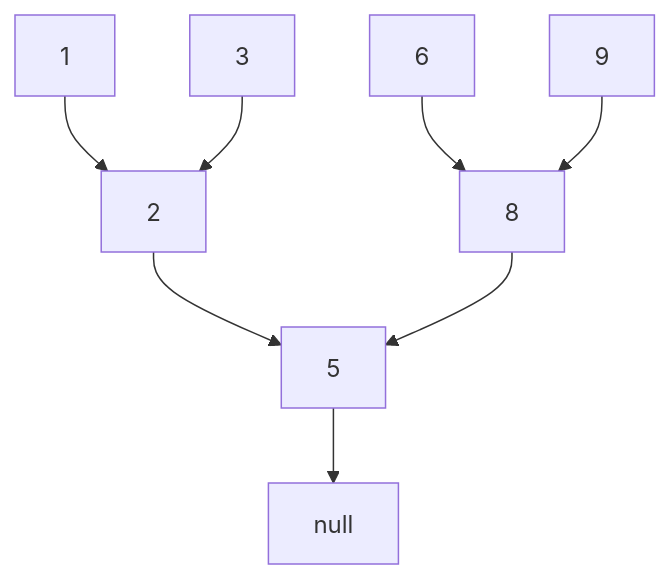
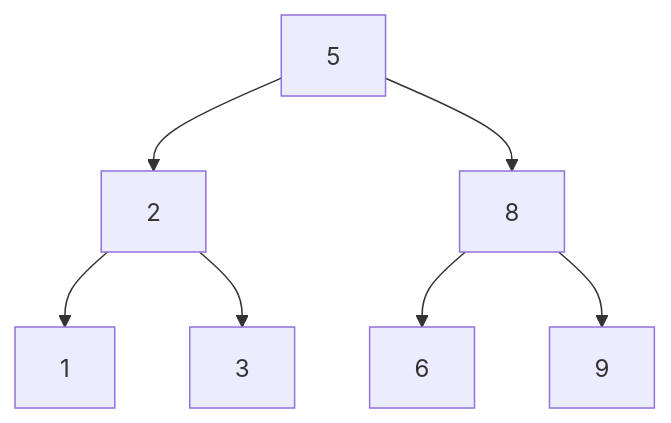
The diagram in HackerRank/SQL/Medium/Binary_Tree_Nodes/README.md (mauricioavs/coding-challenges-hub), drawn with Mermaid before and after one commit. The commit also changed other lines of this file and 11 other files, not shown here.

````diff
--- a/HackerRank/SQL/Medium/Binary_Tree_Nodes/README.md
+++ b/HackerRank/SQL/Medium/Binary_Tree_Nodes/README.md
@@ -54,10 +52,9 @@
 ```mermaid
 graph TD;
-  1 --> 2;
-  3 --> 2;
-  6 --> 8;
-  9 --> 8;
-  2 --> 5;
-  8 --> 5;
-  5 --> null;
+  2 --> 1;
+  2 --> 3;
+  8 --> 6;
+  8 --> 9;
+  5 --> 2;
+  5 --> 8;
   ```
````
